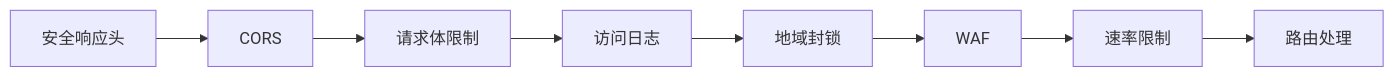
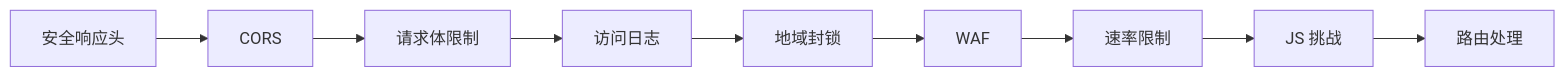
The second of 3 diagrams in docs/architecture/index.zh.md (Flmelody/open-website-defender), drawn with Mermaid before and after one commit. The commit also changed other lines of this file and 75 other files, not shown here.

````diff
--- a/docs/architecture/index.zh.md
+++ b/docs/architecture/index.zh.md
@@ -31,10 +31,11 @@
 ```mermaid
 graph LR
     A[安全响应头] --> B[CORS]
     B --> C[请求体限制]
     C --> D[访问日志]
     D --> E[地域封锁]
     E --> F[WAF]
     F --> G[速率限制]
-    G --> H[路由处理]
+    G --> G2[JS 挑战]
+    G2 --> H[路由处理]
 ```
````
